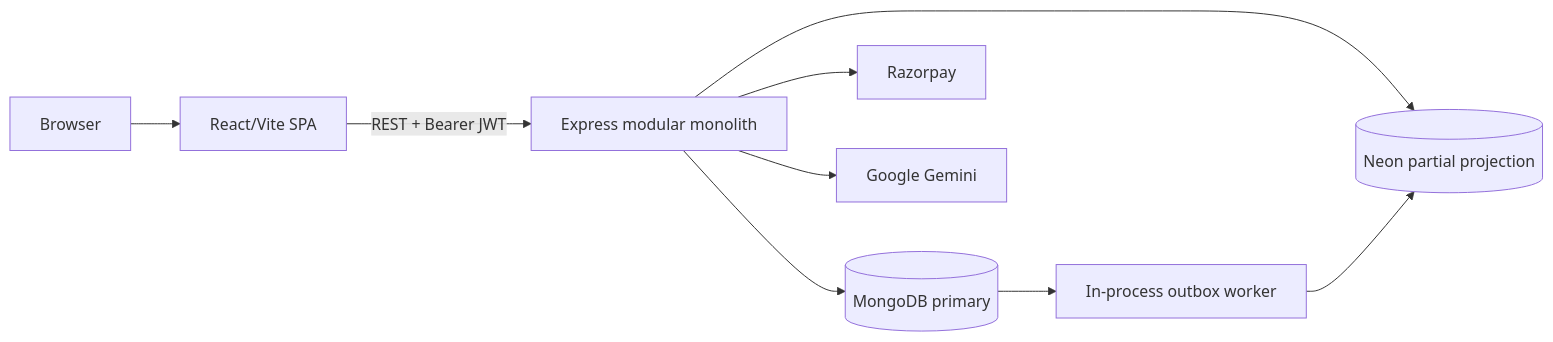
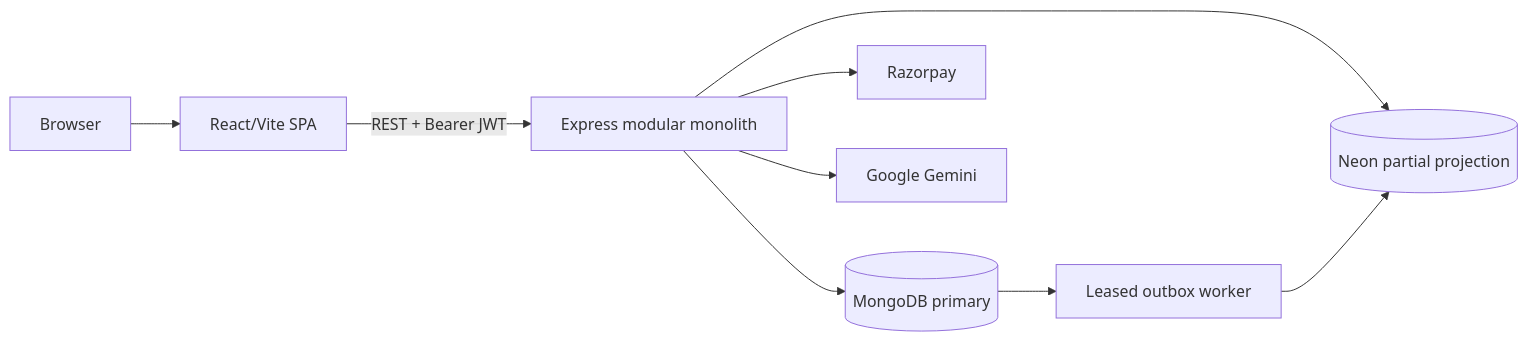
Before and after one commit to Soumyodeep-Dey/Ghar_Nishchit: the diagram in README.md, drawn with Mermaid. The commit also changed other lines of this file and 28 other files, not shown here.

````diff
--- a/README.md
+++ b/README.md
@@ -28,11 +28,11 @@
 ```mermaid
 flowchart LR
   U[Browser] --> SPA[React/Vite SPA]
   SPA -->|REST + Bearer JWT| API[Express modular monolith]
   API --> M[(MongoDB primary)]
   API --> P[(Neon partial projection)]
   API --> R[Razorpay]
   API --> G[Google Gemini]
-  M --> W[In-process outbox worker]
+  M --> W[Leased outbox worker]
   W --> P
 ```
````
